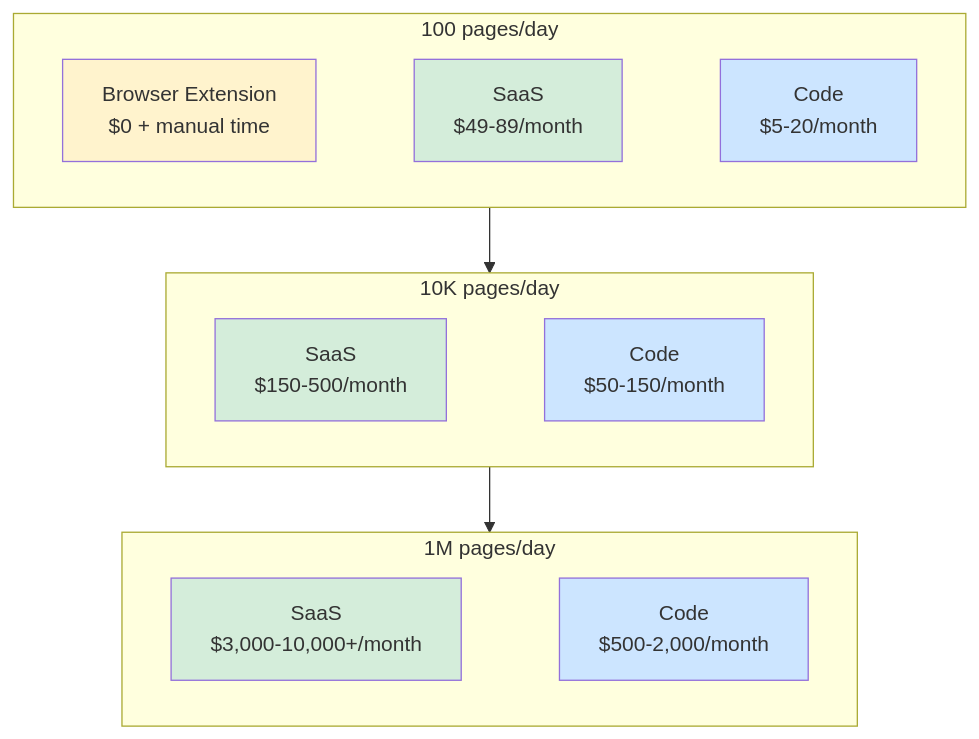
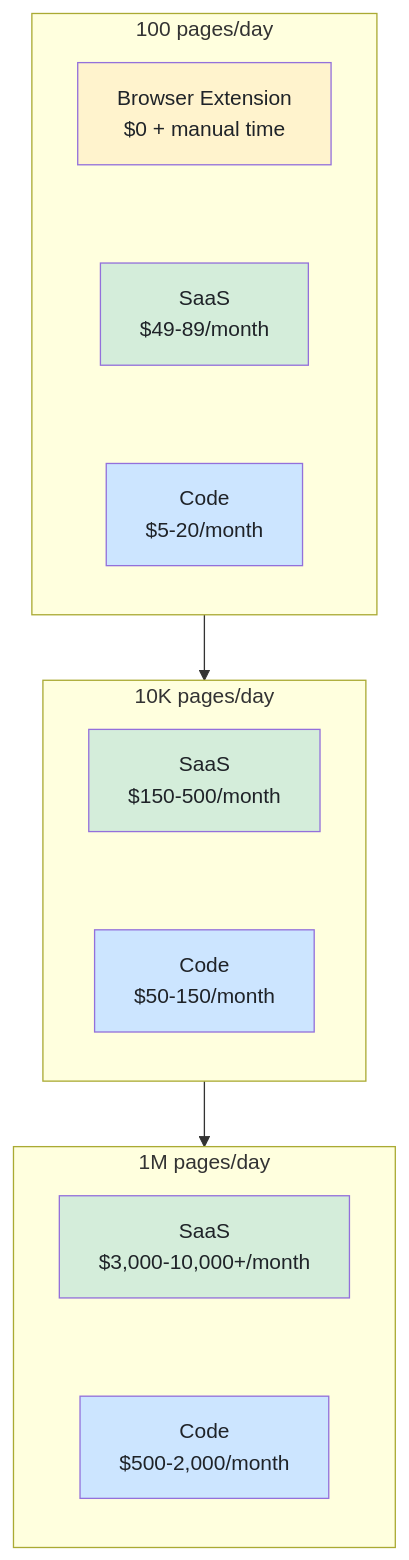
The fourth of 4 diagrams in _posts/2026-02-07-data-scraping-tools-comparison-saas-code-browser-extensions.md (bytetunnels/bytetunnels.github.com), drawn with Mermaid before and after one commit. The commit also changed other lines of this file and 118 other files, not shown here.

Commit message:
feat: improve diagram styling and compact wide flowcharts

````diff
--- a/_posts/2026-02-07-data-scraping-tools-comparison-saas-code-browser-extensions.md
+++ b/_posts/2026-02-07-data-scraping-tools-comparison-saas-code-browser-extensions.md
@@ -433,24 +433,27 @@
 ```mermaid
 flowchart TD
     subgraph SCALE1["100 pages/day"]
-        A1["Browser Extension<br>$0 + manual time"] ~~~ A2["SaaS<br>$49-89/month"] ~~~ A3["Code<br>$5-20/month"]
+        direction TB
+        A1["Browser Extension<br/>$0 + manual time"] ~~~ A2["SaaS<br/>$49-89/month"] ~~~ A3["Code<br/>$5-20/month"]
     end
 
     subgraph SCALE2["10K pages/day"]
-        B1["SaaS<br>$150-500/month"] ~~~ B2["Code<br>$50-150/month"]
+        direction TB
+        B1["SaaS<br/>$150-500/month"] ~~~ B2["Code<br/>$50-150/month"]
     end
 
     subgraph SCALE3["1M pages/day"]
-        C1["SaaS<br>$3,000-10,000+/month"] ~~~ C2["Code<br>$500-2,000/month"]
+        direction TB
+        C1["SaaS<br/>$3,000-10,000+/month"] ~~~ C2["Code<br/>$500-2,000/month"]
     end
 
     SCALE1 --> SCALE2 --> SCALE3
 
-    style A1 fill:#fff3cd
-    style A2 fill:#d4edda
-    style A3 fill:#cce5ff
-    style B1 fill:#d4edda
-    style B2 fill:#cce5ff
-    style C1 fill:#d4edda
-    style C2 fill:#cce5ff
+    style A1 fill:#fff3cd,color:#1f2328
+    style A2 fill:#d4edda,color:#1f2328
+    style A3 fill:#cce5ff,color:#1f2328
+    style B1 fill:#d4edda,color:#1f2328
+    style B2 fill:#cce5ff,color:#1f2328
+    style C1 fill:#d4edda,color:#1f2328
+    style C2 fill:#cce5ff,color:#1f2328
 ```
````
